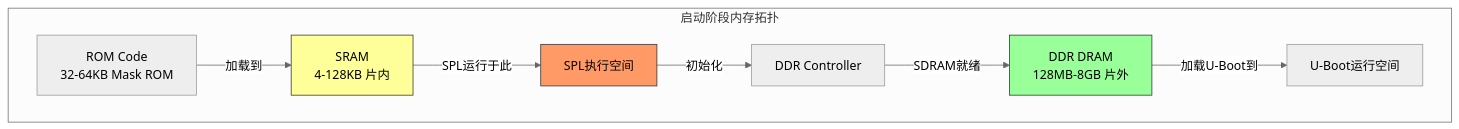
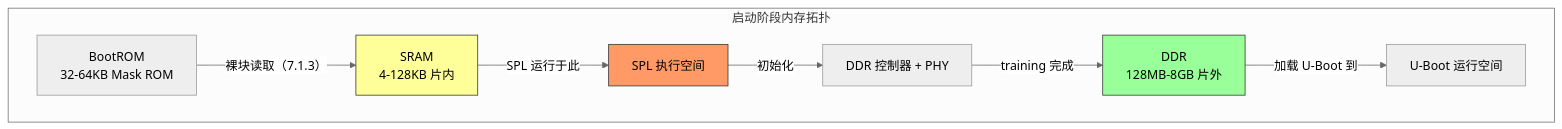
The first of 2 diagrams in docs/02-核心机制深度解析/第7章 启动链深度解析/7.2.1_SPL的存在理由与内存约束.md (xiaohong0925/Embedded_Knowledge_System_V2026), drawn with Mermaid (neutral theme) before and after one commit. The commit also changed other lines of this file and 20 other files, not shown here.

````diff
--- a/docs/02-核心机制深度解析/第7章 启动链深度解析/7.2.1_SPL的存在理由与内存约束.md
+++ b/docs/02-核心机制深度解析/第7章 启动链深度解析/7.2.1_SPL的存在理由与内存约束.md
@@ -102,14 +48,14 @@
 ```mermaid
 graph TB
     subgraph "启动阶段内存拓扑"
-    A[ROM Code<br/>32-64KB Mask ROM] --> |"加载到"| B[SRAM<br/>4-128KB 片内]
-    B --> |"SPL运行于此"| C[SPL执行空间]
-    C --> |"初始化"| D[DDR Controller]
-    D --> |"SDRAM就绪"| E[DDR DRAM<br/>128MB-8GB 片外]
-    E --> |"加载U-Boot到"| F[U-Boot运行空间]
+    A["BootROM<br/>32-64KB Mask ROM"] -->|"裸块读取（7.1.3）"| B["SRAM<br/>4-128KB 片内"]
+    B -->|"SPL 运行于此"| C["SPL 执行空间"]
+    C -->|"初始化"| D["DDR 控制器 + PHY"]
+    D -->|"training 完成"| E["DDR<br/>128MB-8GB 片外"]
+    E -->|"加载 U-Boot 到"| F["U-Boot 运行空间"]
     end
-    
+
     style B fill:#ff9,stroke:#333
     style E fill:#9f9,stroke:#333
     style C fill:#f96,stroke:#333
 ```
````
